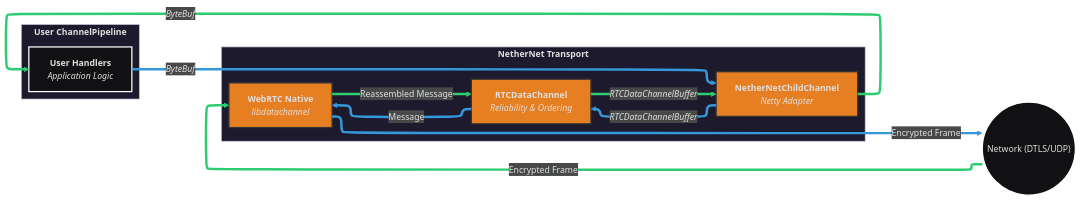
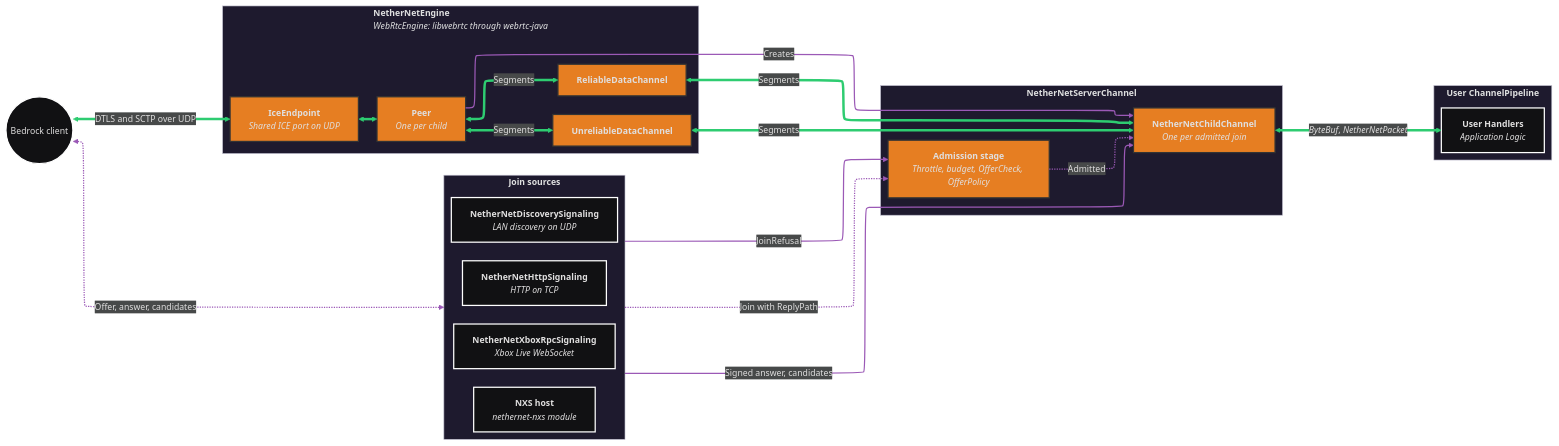
One commit to EduGeyser/NetworkM changed the diagram in .github/readme/nethernet_server_dark.mmd. Above: the diagram before and after it, drawn with Mermaid. The commit also changed 8 other files, not shown here.

First line of the commit message:
Redraw the NetherNet packet flow diagrams

```diff
--- a/.github/readme/nethernet_server_dark.mmd
+++ b/.github/readme/nethernet_server_dark.mmd
@@ -1,46 +1,57 @@
 ---
 config:
   layout: elk
   theme: redux-dark
 ---
 flowchart LR
- subgraph TransportLayer["<b>NetherNet Transport</b>"]
-    direction TB
-    Native["<b>WebRTC Native</b><br><i>libdatachannel</i>"]
-    DataChannel["<b>RTCDataChannel</b><br><i>Reliability & Ordering</i>"]
-    ChildChannel["<b>NetherNetChildChannel</b><br><i>Netty Adapter</i>"]
+    Client(("Bedrock client"))
+
+ subgraph Sources["<b>Join sources</b>"]
+    Http["<b>NetherNetHttpSignaling</b><br><i>HTTP on TCP</i>"]
+    Xbox["<b>NetherNetXboxRpcSignaling</b><br><i>Xbox Live WebSocket</i>"]
+    Lan["<b>NetherNetDiscoverySignaling</b><br><i>LAN discovery on UDP</i>"]
+    Nxs["<b>NXS host</b><br><i>nethernet-nxs module</i>"]
+ end
+ subgraph Endpoint["<b>NetherNetServerChannel</b>"]
+    Admission["<b>Admission stage</b><br><i>Throttle, budget, OfferCheck, OfferPolicy</i>"]
+    Child["<b>NetherNetChildChannel</b><br><i>One per admitted join</i>"]
+ end
+ subgraph Engine["<b>NetherNetEngine</b><br><i>WebRtcEngine: libwebrtc through webrtc-java</i>"]
+    Ice["<b>IceEndpoint</b><br><i>Shared ICE port on UDP</i>"]
+    Peer["<b>Peer</b><br><i>One per child</i>"]
+    Reliable["<b>ReliableDataChannel</b>"]
+    Unreliable["<b>UnreliableDataChannel</b>"]
  end
  subgraph UserPipeline["<b>User ChannelPipeline</b>"]
     UserLogic["<b>User Handlers</b><br><i>Application Logic</i>"]
  end
 
-    Network(("Network (DTLS/UDP)"))
+    %% Signaling
+    Client <-. Offer, answer, candidates .-> Sources
+    Sources -. Join with ReplyPath .-> Admission
+    Sources <-. JoinRefusal .- Admission
+    Admission -. Admitted .-> Child
+    Sources <-. Signed answer, candidates .- Child
+    Peer <-. Creates .- Child
 
-    %% Inbound
-    Network == Encrypted Frame ==> Native
-    Native == Reassembled Message ==> DataChannel
-    DataChannel == <i>RTCDataChannelBuffer</i> ==> ChildChannel
-    ChildChannel == <i>ByteBuf</i> ==> UserLogic
-
-    %% Outbound
-    UserLogic == <i>ByteBuf</i> ==> ChildChannel
-    ChildChannel == <i>RTCDataChannelBuffer</i> ==> DataChannel
-    DataChannel == Message ==> Native
-    Native == Encrypted Frame ==> Network
+    %% Data
+    Client <== DTLS and SCTP over UDP ==> Ice
+    Ice <==> Peer
+    Peer <== Segments ==> Reliable
+    Peer <== Segments ==> Unreliable
+    Reliable <== Segments ==> Child
+    Unreliable <== Segments ==> Child
+    Child <== <i>ByteBuf</i>, <i>NetherNetPacket</i> ==> UserLogic
 
     %% Styling
-    Native:::shared
-    DataChannel:::shared
-    ChildChannel:::shared
+    Admission:::shared
+    Child:::shared
+    Ice:::shared
+    Peer:::shared
+    Reliable:::shared
+    Unreliable:::shared
 
     classDef shared fill:#e67e22,stroke:#333,stroke-width:2px
 
-    linkStyle 0 stroke:#2ecc71,stroke-width:4px,color:#2ecc71
-    linkStyle 1 stroke:#2ecc71,stroke-width:4px,color:#2ecc71
-    linkStyle 2 stroke:#2ecc71,stroke-width:4px,color:#2ecc71
-    linkStyle 3 stroke:#2ecc71,stroke-width:4px,color:#2ecc71
-
-    linkStyle 4 stroke:#3498db,stroke-width:4px,color:#3498db
-    linkStyle 5 stroke:#3498db,stroke-width:4px,color:#3498db
-    linkStyle 6 stroke:#3498db,stroke-width:4px,color:#3498db
-    linkStyle 7 stroke:#3498db,stroke-width:4px,color:#3498db
+    linkStyle 0,1,2,3,4,5 stroke:#9b59b6,stroke-width:2px,color:#9b59b6
+    linkStyle 6,7,8,9,10,11,12 stroke:#2ecc71,stroke-width:4px,color:#2ecc71
```
